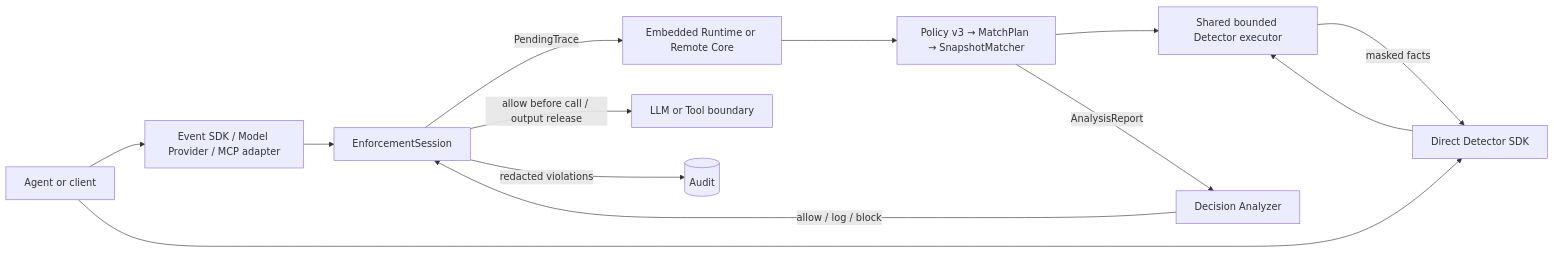
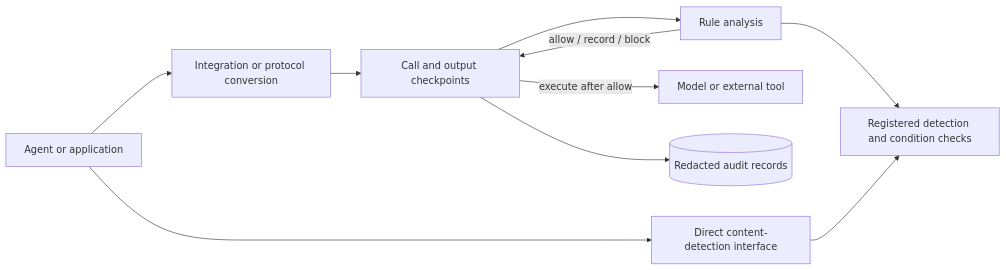
One commit to cipeizheng/agent-guardrail changed the diagram in README.md. Above: the diagram before and after it, drawn with Mermaid. The commit also changed other lines of this file and 34 other files, not shown here.

````diff
--- a/README.md
+++ b/README.md
@@ -44,15 +45,12 @@
 ```mermaid
 flowchart LR
-    A[Agent or client] --> B[Event SDK / Model Provider / MCP adapter]
-    A --> I[Direct Detector SDK]
-    B --> C[EnforcementSession]
-    C -->|PendingTrace| D[Embedded Runtime or Remote Core]
-    D --> E[Policy v3 → MatchPlan → SnapshotMatcher]
-    E --> J[Shared bounded Detector executor]
-    I --> J
-    J -->|masked facts| I
-    E -->|AnalysisReport| F[Decision Analyzer]
-    F -->|allow / log / block| C
-    C -->|allow before call / output release| G[LLM or Tool boundary]
-    C -->|redacted violations| H[(Audit)]
+    A[Agent or application] --> B[Integration or protocol conversion]
+    B --> C[Call and output checkpoints]
+    C --> D[Rule analysis]
+    D --> E[Registered detection and condition checks]
+    D -->|allow / record / block| C
+    C -->|execute after allow| F[Model or external tool]
+    C --> G[(Redacted audit records)]
+    A --> H[Direct content-detection interface]
+    H --> E
 ```
````
